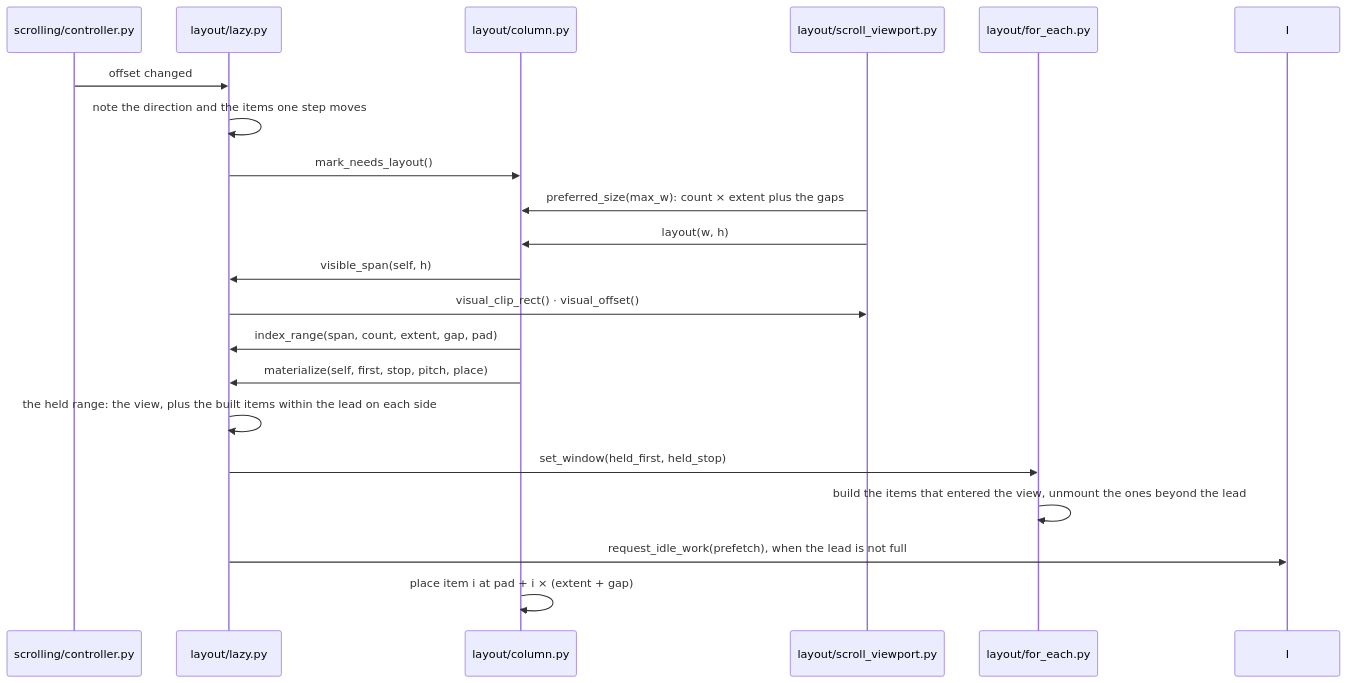
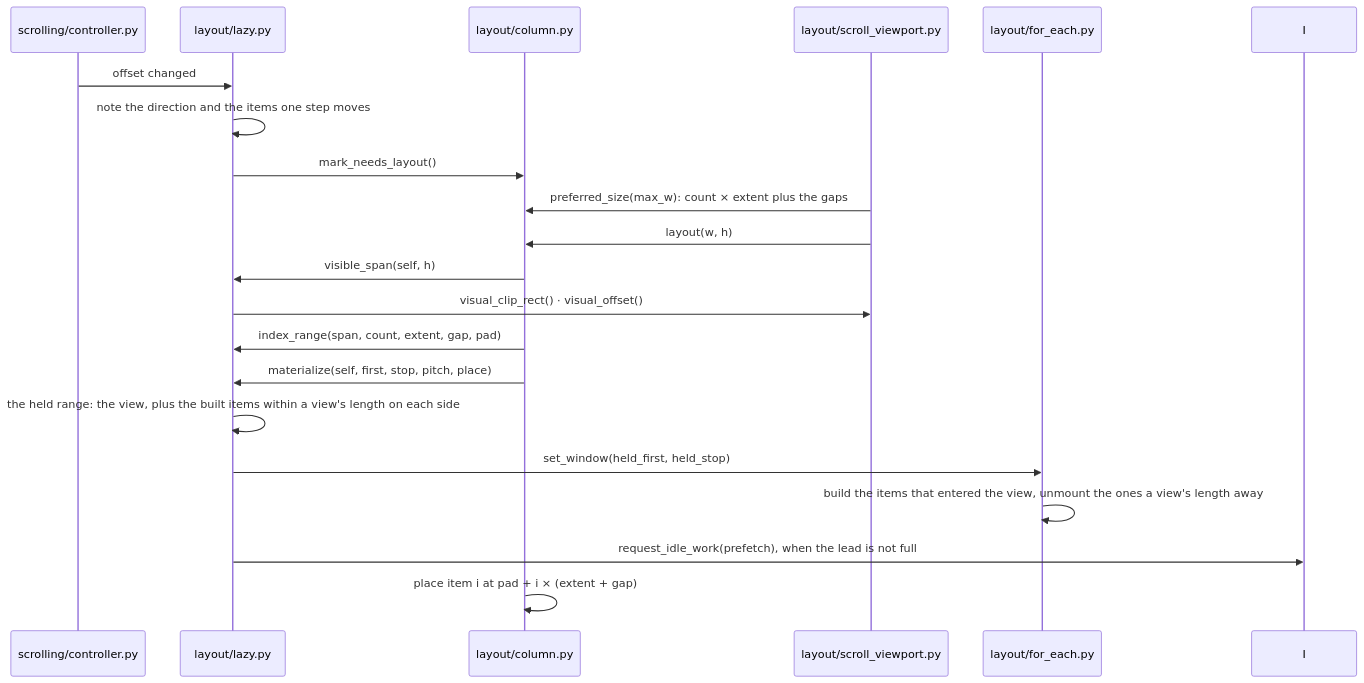
Before and after one commit to yuksblog/nuiitivet: the sixth of 10 diagrams in docs/design/LAYOUT.md, drawn with Mermaid. The commit also changed other lines of this file and 7 other files, not shown here.

First line of the commit message:
perf(layout): a lazy container keeps the items a view's length behind

````diff
--- a/docs/design/LAYOUT.md
+++ b/docs/design/LAYOUT.md
@@ -197,23 +197,23 @@
 ```mermaid
 sequenceDiagram
     participant S as scrolling/controller.py
     participant L as layout/lazy.py
     participant C as layout/column.py
     participant V as layout/scroll_viewport.py
     participant F as layout/for_each.py
 
     S->>L: offset changed
     L->>L: note the direction and the items one step moves
     L->>C: mark_needs_layout()
     V->>C: preferred_size(max_w): count × extent plus the gaps
     V->>C: layout(w, h)
     C->>L: visible_span(self, h)
     L->>V: visual_clip_rect() · visual_offset()
     C->>L: index_range(span, count, extent, gap, pad)
     C->>L: materialize(self, first, stop, pitch, place)
-    L->>L: the held range: the view, plus the built items within the lead on each side
+    L->>L: the held range: the view, plus the built items within a view's length on each side
     L->>F: set_window(held_first, held_stop)
-    F->>F: build the items that entered the view, unmount the ones beyond the lead
+    F->>F: build the items that entered the view, unmount the ones a view's length away
     L->>I: request_idle_work(prefetch), when the lead is not full
     C->>C: place item i at pad + i × (extent + gap)
 ```
````
